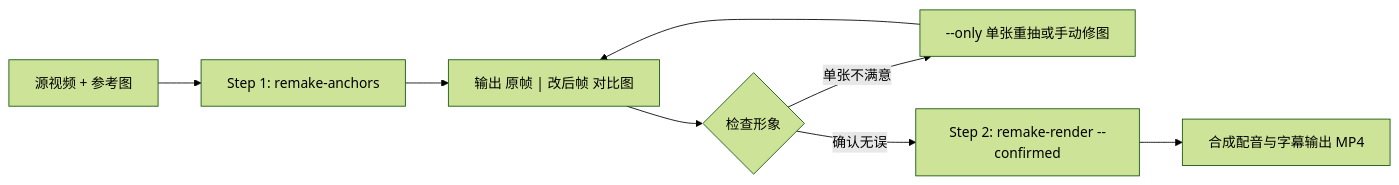
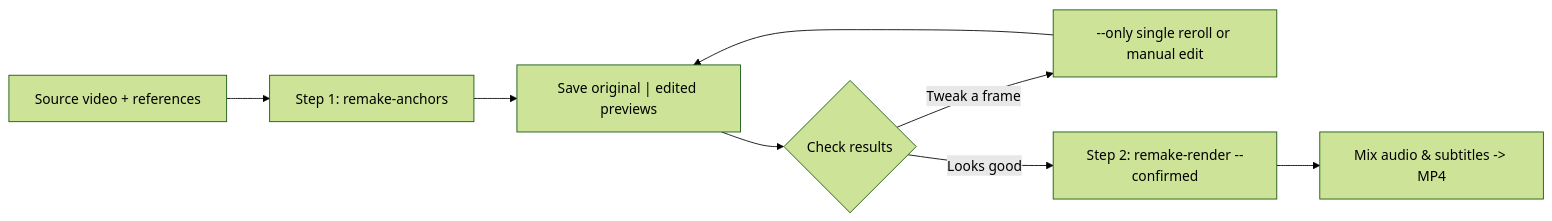
The diagram in README.md (Kiteflyingee/h3-studio-colab), drawn with Mermaid (forest theme) before and after one commit. The commit also changed other lines of this file and 3 other files, not shown here.

````diff
--- a/README.md
+++ b/README.md
@@ -142,10 +146,10 @@
 ```mermaid
 flowchart LR
-    A["源视频 + 参考图"] --> B["Step 1: remake-anchors"]
-    B --> C["输出 原帧 | 改后帧 对比图"]
-    C --> D{"检查形象"}
-    D -- "单张不满意" --> E["--only 单张重抽或手动修图"]
+    A["Source video + references"] --> B["Step 1: remake-anchors"]
+    B --> C["Save original | edited previews"]
+    C --> D{"Check results"}
+    D -- "Tweak a frame" --> E["--only single reroll or manual edit"]
     E --> C
-    D -- "确认无误" --> F["Step 2: remake-render --confirmed"]
-    F --> G["合成配音与字幕输出 MP4"]
+    D -- "Looks good" --> F["Step 2: remake-render --confirmed"]
+    F --> G["Mix audio & subtitles -> MP4"]
 ```
````
